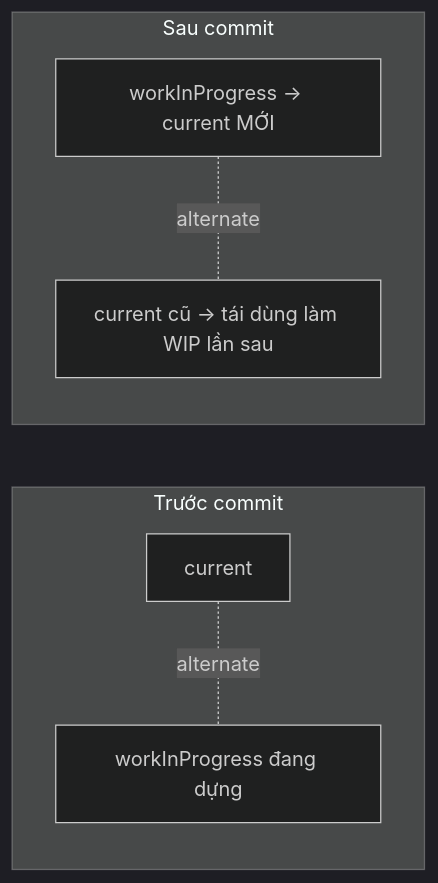
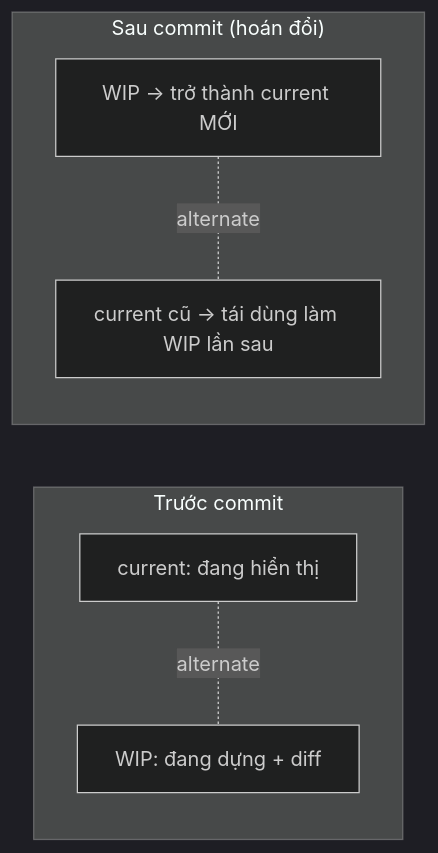
One commit to vanhiep99w/react-learn changed the fifth of 10 diagrams in content/docs/react-internals/fiber-reconciliation.md. Above: the diagram before and after it, drawn with Mermaid (dark theme). The commit also changed other lines of this file, not shown here.

Commit message:
docs: deepen Fiber & Reconciliation (work loop, lanes, bailout, FAQ)

````diff
--- a/content/docs/react-internals/fiber-reconciliation.md
+++ b/content/docs/react-internals/fiber-reconciliation.md
@@ -112,9 +226,9 @@
 ```mermaid
 graph LR
-    subgraph Trước commit
-    C1[current] -.alternate.- W1[workInProgress đang dựng]
+    subgraph "Trước commit"
+    C1[current: đang hiển thị] -.alternate.- W1[WIP: đang dựng + diff]
     end
-    subgraph Sau commit
-    W2[workInProgress → current MỚI] -.alternate.- C2[current cũ → tái dùng làm WIP lần sau]
+    subgraph "Sau commit (hoán đổi)"
+    W2[WIP → trở thành current MỚI] -.alternate.- C2[current cũ → tái dùng làm WIP lần sau]
     end
 ```
````
